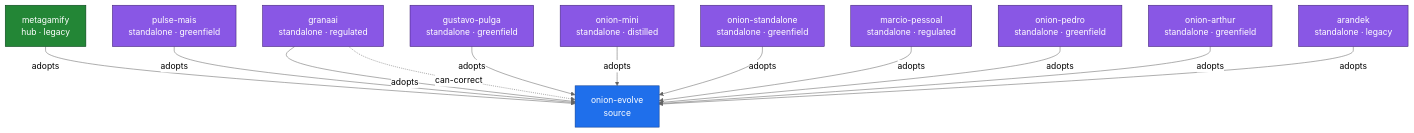
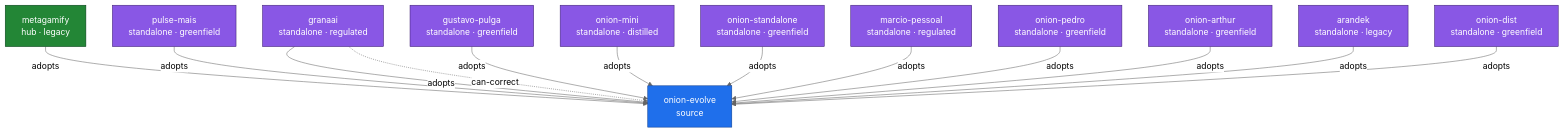
The diagram in docs/onion/federation-map.md (marciocar/onion-evolve), drawn with Mermaid (neutral theme) before and after one commit. The commit also changed other lines of this file and 3 other files, not shown here.

````diff
--- a/docs/onion/federation-map.md
+++ b/docs/onion/federation-map.md
@@ -6,28 +6,30 @@
 ```mermaid
 flowchart TD
   onion_evolve["onion-evolve<br/>source"]:::source
   metagamify["metagamify<br/>hub · legacy"]:::hub
   pulse_mais["pulse-mais<br/>standalone · greenfield"]:::standalone
   granaai["granaai<br/>standalone · regulated"]:::standalone
   gustavo_pulga["gustavo-pulga<br/>standalone · greenfield"]:::standalone
   onion_mini["onion-mini<br/>standalone · distilled"]:::standalone
   onion_standalone["onion-standalone<br/>standalone · greenfield"]:::standalone
   marcio_pessoal["marcio-pessoal<br/>standalone · regulated"]:::standalone
   onion_pedro["onion-pedro<br/>standalone · greenfield"]:::standalone
   onion_arthur["onion-arthur<br/>standalone · greenfield"]:::standalone
   arandek["arandek<br/>standalone · legacy"]:::standalone
+  onion_dist["onion-dist<br/>standalone · greenfield"]:::standalone
   metagamify -->|adopts| onion_evolve
   pulse_mais -->|adopts| onion_evolve
   granaai -->|adopts| onion_evolve
   granaai -.->|can-correct| onion_evolve
   gustavo_pulga -->|adopts| onion_evolve
   onion_mini -->|adopts| onion_evolve
   onion_standalone -->|adopts| onion_evolve
   marcio_pessoal -->|adopts| onion_evolve
   onion_pedro -->|adopts| onion_evolve
   onion_arthur -->|adopts| onion_evolve
   arandek -->|adopts| onion_evolve
+  onion_dist -->|adopts| onion_evolve
   classDef source fill:#1f6feb,color:#fff,stroke:#0b3d91;
   classDef hub fill:#238636,color:#fff,stroke:#033a16;
   classDef standalone fill:#8957e5,color:#fff,stroke:#3c1e70;
 ```
````
